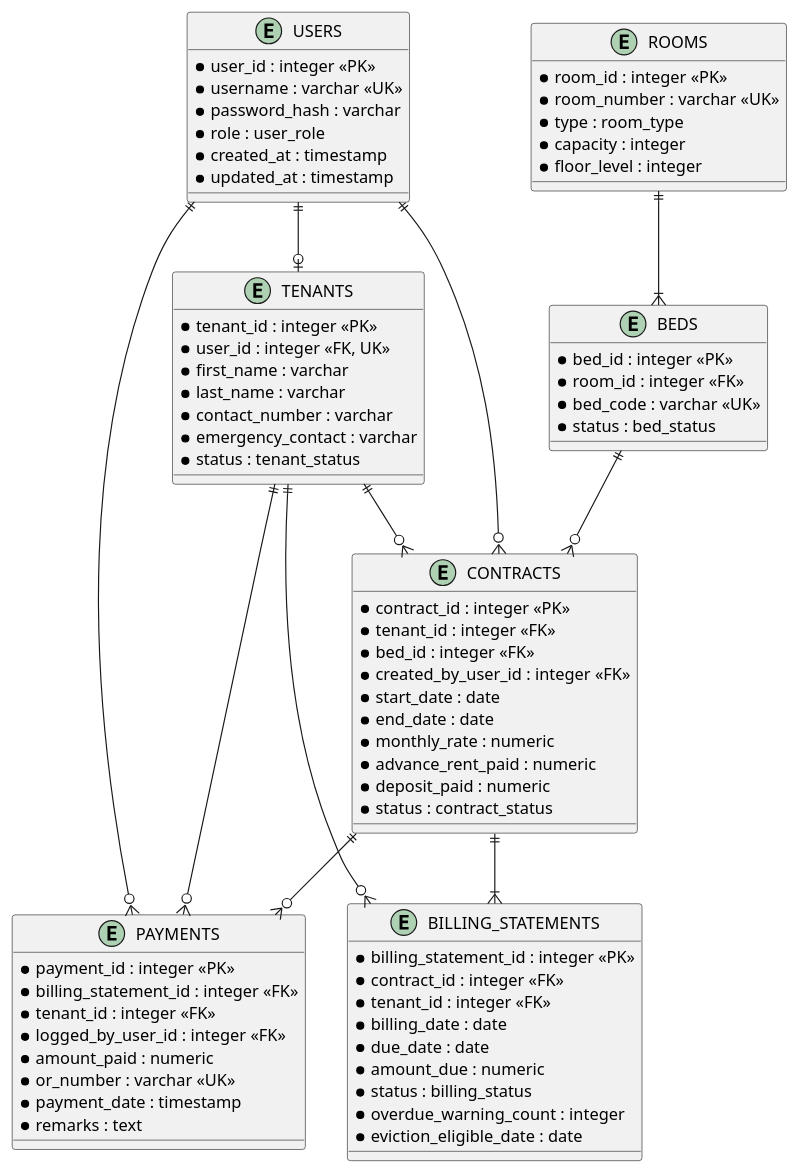
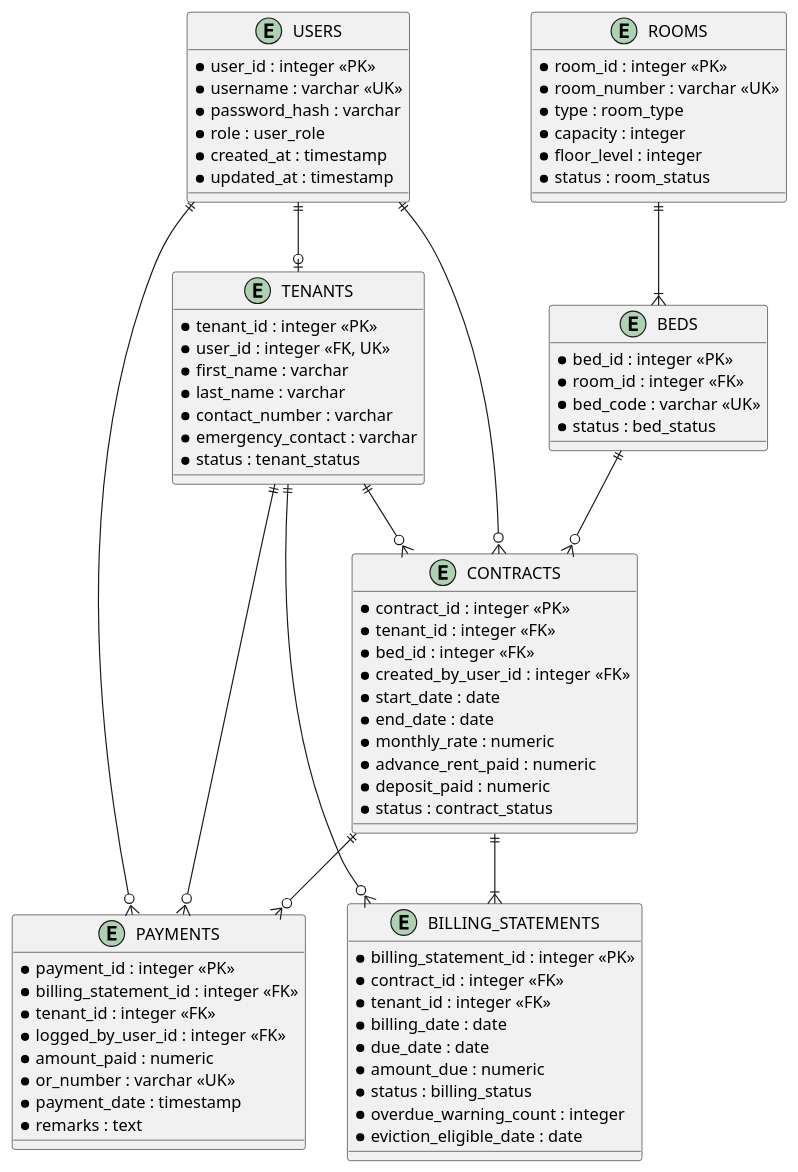
Before and after one commit to Artsk1e/-RenTahanan-A-Bedspace-Occupancy-and-Rent-Management-System: the second of 2 diagrams in docs/diagrams/ERD.md, drawn with PlantUML. The commit also changed other lines of this file and 5 other files, not shown here.

Commit message:
docs: update structural diagrams, alignment analysis, and requirements

```diff
--- a/docs/diagrams/ERD.md
+++ b/docs/diagrams/ERD.md
@@ -250,6 +255,7 @@
   * type : room_type
   * capacity : integer
   * floor_level : integer
+  * status : room_status
 }
 
 entity BEDS {
```
